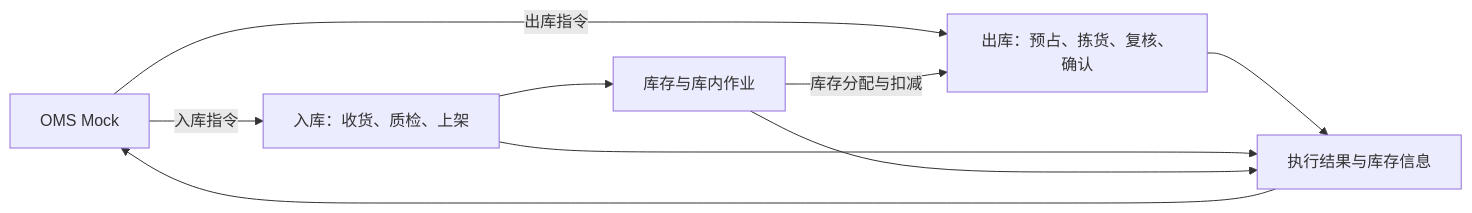
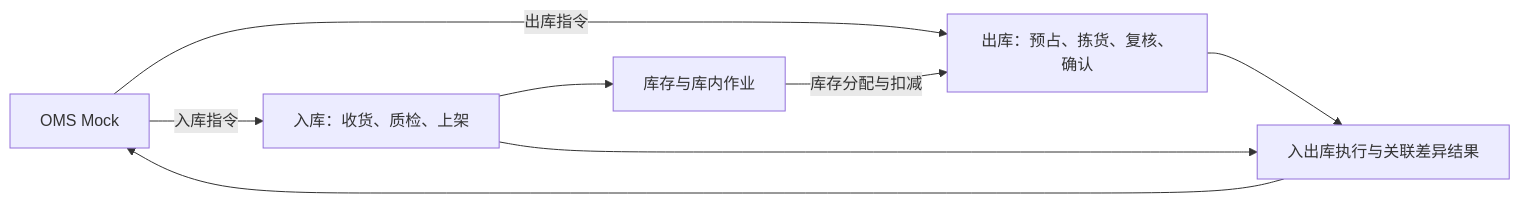
Before and after one commit to TopVitamin/QS-WMS-Project: the diagram in 03-需求调研和分析/00-项目总览/02-需求分析总览.md, drawn with Mermaid. The commit also changed other lines of this file and 82 other files, not shown here.

````diff
--- a/03-需求调研和分析/00-项目总览/02-需求分析总览.md
+++ b/03-需求调研和分析/00-项目总览/02-需求分析总览.md
@@ -30,11 +30,10 @@
 ```mermaid
 flowchart LR
     OMS[OMS Mock] -->|入库指令| IN[入库：收货、质检、上架]
     OMS -->|出库指令| OUT[出库：预占、拣货、复核、确认]
     IN --> INV[库存与库内作业]
     INV -->|库存分配与扣减| OUT
-    OUT --> RESULT[执行结果与库存信息]
+    OUT --> RESULT[入出库执行与关联差异结果]
     IN --> RESULT
-    INV --> RESULT
     RESULT --> OMS
 ```
````
